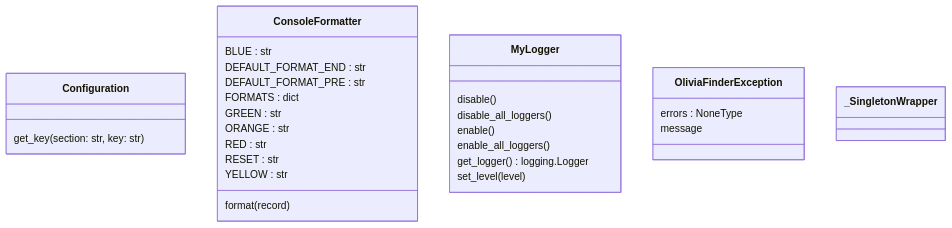
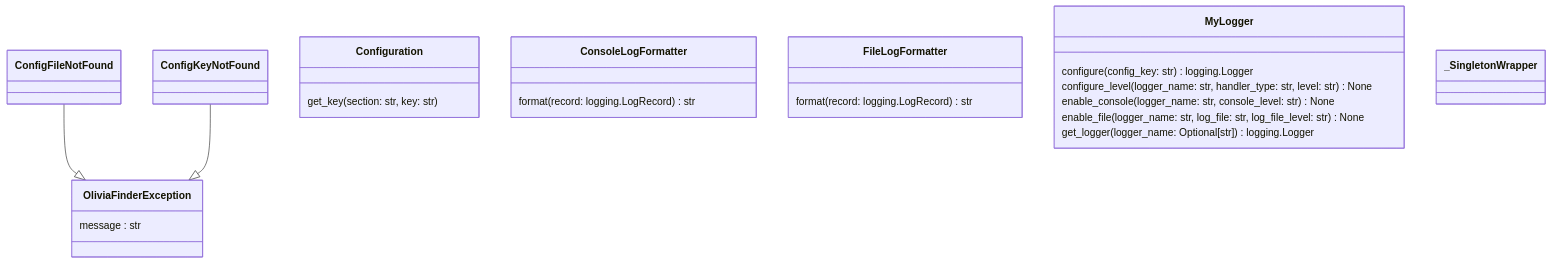
Before and after one commit to dab0012/olivia: the diagram in olivia_finder/diagrams/classes_utilities.mmd, drawn with Mermaid. The commit also changed 79 other files, not shown here.

```diff
--- a/olivia_finder/diagrams/classes_utilities.mmd
+++ b/olivia_finder/diagrams/classes_utilities.mmd
@@ -1,30 +1,28 @@
 classDiagram
+  class ConfigFileNotFound {
+  }
+  class ConfigKeyNotFound {
+  }
   class Configuration {
     get_key(section: str, key: str)
   }
-  class ConsoleFormatter {
-    BLUE : str
-    DEFAULT_FORMAT_END : str
-    DEFAULT_FORMAT_PRE : str
-    FORMATS : dict
-    GREEN : str
-    ORANGE : str
-    RED : str
-    RESET : str
-    YELLOW : str
-    format(record)
+  class ConsoleLogFormatter {
+    format(record: logging.LogRecord) str
+  }
+  class FileLogFormatter {
+    format(record: logging.LogRecord) str
   }
   class MyLogger {
-    disable()
-    disable_all_loggers()
-    enable()
-    enable_all_loggers()
-    get_logger() logging.Logger
-    set_level(level)
+    configure(config_key: str) logging.Logger
+    configure_level(logger_name: str, handler_type: str, level: str) None
+    enable_console(logger_name: str, console_level: str) None
+    enable_file(logger_name: str, log_file: str, log_file_level: str) None
+    get_logger(logger_name: Optional[str]) logging.Logger
   }
   class OliviaFinderException {
-    errors : NoneType
-    message
+    message : str
   }
   class _SingletonWrapper {
   }
+  ConfigFileNotFound --|> OliviaFinderException
+  ConfigKeyNotFound --|> OliviaFinderException
```
